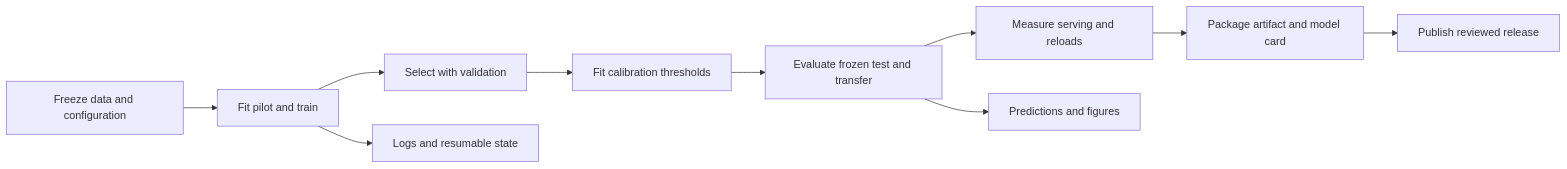
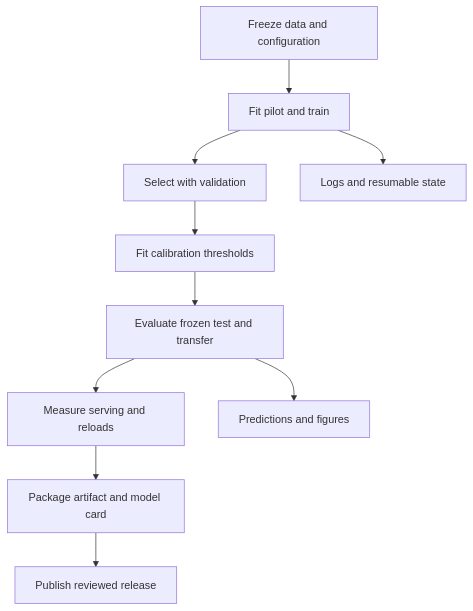
Before and after one commit to bahree/myJEV: the first of 3 diagrams in docs/training.md, drawn with Mermaid. The commit also changed other lines of this file and 79 other files, not shown here.

Commit message:
Resolve review findings and publish evergreen guides with Mermaid diagrams

````diff
--- a/docs/training.md
+++ b/docs/training.md
@@ -162,12 +162,12 @@
 ```mermaid
-flowchart LR
+flowchart TB
     A[Freeze data and configuration] --> B[Fit pilot and train]
     B --> C[Select with validation]
     C --> D[Fit calibration thresholds]
     D --> E[Evaluate frozen test and transfer]
     E --> F[Measure serving and reloads]
     F --> G[Package artifact and model card]
     G --> H[Publish reviewed release]
     B --> I[Logs and resumable state]
     E --> J[Predictions and figures]
 ```
````
